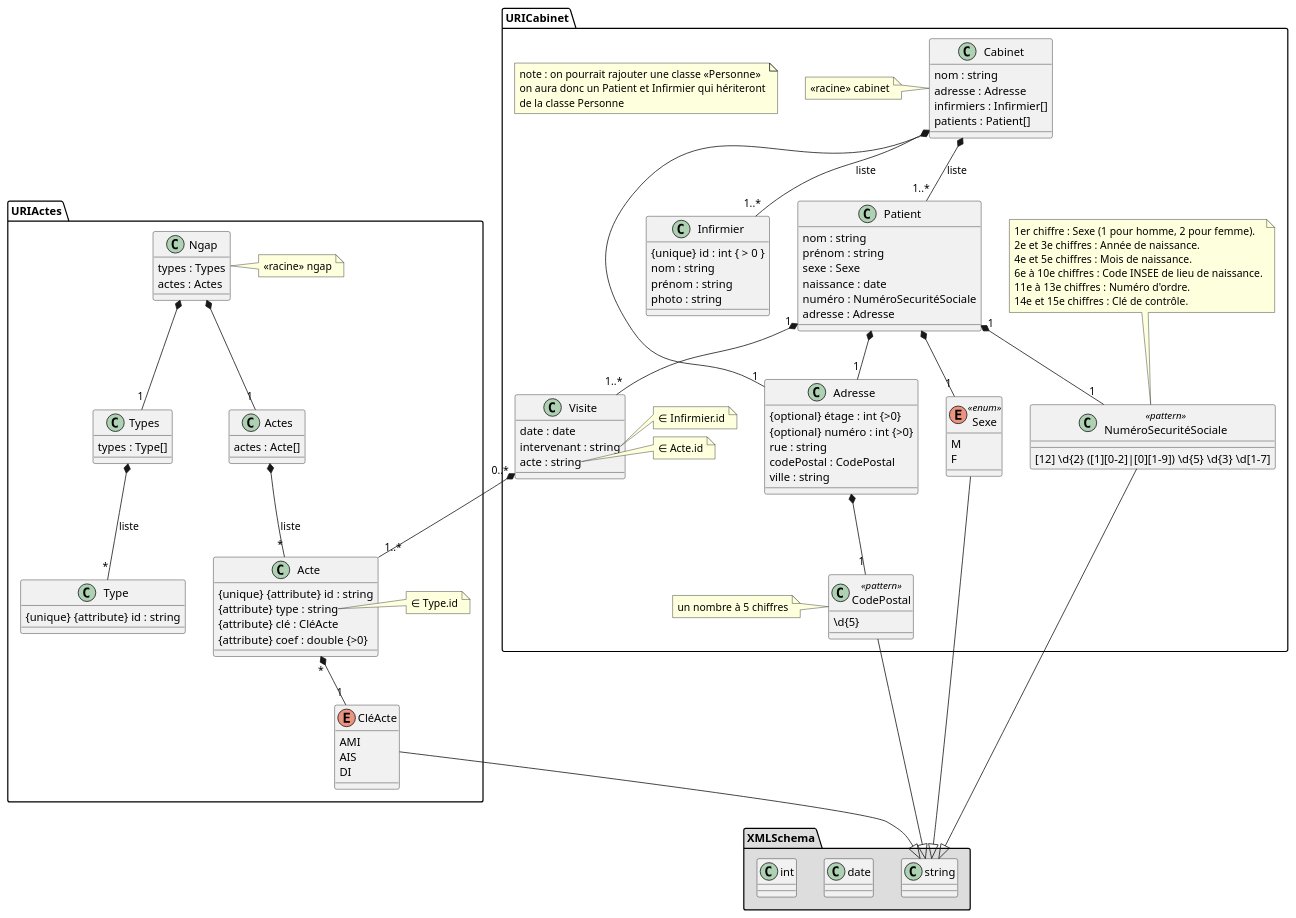
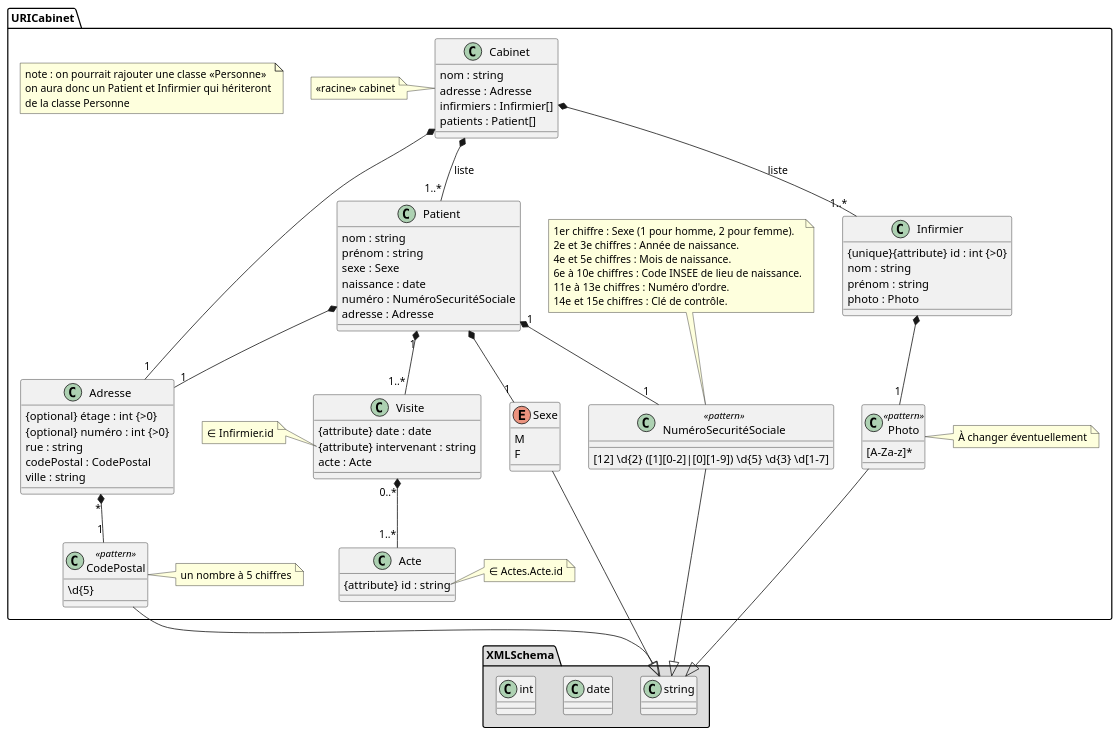
The diagram in data/uml/cabinet_omar.puml (TennesseeAlves/CabinetInfirmier), drawn with PlantUML before and after one commit. The commit also changed 9 other files, not shown here.

```diff
--- a/data/uml/cabinet_omar.puml
+++ b/data/uml/cabinet_omar.puml
@@ -1,152 +1,120 @@
 @startuml
 
 'skinparam linetype ortho
 'l'instruction au dessus est pour avoir des lignes orthogonales...
 
 package XMLSchema #DDDDDD {
     class string
     class date
     class int
-}
-package URIActes {
-    class Ngap {
-        types : Types
-        actes : Actes
-    }
-    note right of Ngap
-        «racine» ngap
-    end note
-    class Acte {
-        {unique} {attribute} id : string
-        {attribute} type : string
-        {attribute} clé : CléActe
-        {attribute} coef : double {>0}
-    }
-    note right of Acte::type
-        ∈ Type.id
-    end note
-    
-    class Actes {
-        actes : Acte[]
-    }
-    
-    class Type {
-        {unique} {attribute} id : string
-    }
-    class Types {
-        types : Type[]
-    }
-    
-    enum CléActe {
-        AMI
-        AIS
-        DI
-    }
-    
-    Ngap *--"1" Types
-    Ngap *--"1" Actes
-    
-    Actes *--"*" Acte : liste
-    Acte "*"*--"1" CléActe
-    
-    Types *--"*" Type : liste
-    
-    CléActe --|> string
 }
 package URICabinet {
     note as noteHeritagePersonne
         note : on pourrait rajouter une classe «Personne»
         on aura donc un Patient et Infirmier qui hériteront
         de la classe Personne
     end note
     
     class Cabinet {
         nom : string
         adresse : Adresse
         infirmiers : Infirmier[]
         patients : Patient[]
     }
     note left of Cabinet
         <<racine>> cabinet
     end note
     
     class Infirmier {
-        {unique} id : int { > 0 } 
+        {unique}{attribute} id : int {>0} 
         nom : string
         prénom : string
-        photo : string
+        photo : Photo
     }
+    class Photo <<pattern>> {
+        [A-Za-z]*
+    }
+    note right of Photo
+        À changer éventuellement
+    end note
     
     class Patient {
         nom : string
         prénom : string
         sexe : Sexe
         naissance : date
         numéro : NuméroSecuritéSociale
         adresse : Adresse
     }
     
     class Adresse {
         {optional} étage : int {>0}
         {optional} numéro : int {>0}
         rue : string
         codePostal : CodePostal
         ville : string
     }
     
-    Enum Sexe <<enum>> {
+    Enum Sexe  {
         M
         F
     }
     
     class NuméroSecuritéSociale <<pattern>> {
         [12] \d{2} ([1][0-2]|[0][1-9]) \d{5} \d{3} \d[1-7]
     }
     note top of NuméroSecuritéSociale
         1er chiffre : Sexe (1 pour homme, 2 pour femme).
         2e et 3e chiffres : Année de naissance.
         4e et 5e chiffres : Mois de naissance.
         6e à 10e chiffres : Code INSEE de lieu de naissance.
         11e à 13e chiffres : Numéro d'ordre.
         14e et 15e chiffres : Clé de contrôle.
     end note
     
     class CodePostal <<pattern>> {
         \d{5}
     }
-    note left of CodePostal
+    note right of CodePostal
         un nombre à 5 chiffres
     end note
     
     class Visite {
-        date : date
-        intervenant : string
-        acte : string
+        {attribute} date : date
+        {attribute} intervenant : string
+        acte : Acte
     }
-    note right of Visite::intervenant
+    note left of Visite::intervenant
         ∈ Infirmier.id
         'intervenant ∈ Infirmier.id
     end note
-    note right of Visite::acte
-        ∈ Acte.id
-        'acte ∈ Acte.id
+    
+    class Acte {
+        {attribute} id : string
+    }
+    note right of Acte::id
+        ∈ Actes.Acte.id
+        'id ∈ Acte.id
     end note
     
     Cabinet *--"1..*" Infirmier : liste
     Cabinet *--"1..*" Patient : liste
     Cabinet *--"1" Adresse
+    
+    Infirmier *-- "1" Photo
     
     Patient *--"1" Sexe
     Patient "1"*--"1..*" Visite
     Patient "1"*--"1" NuméroSecuritéSociale
     Patient *--"1" Adresse
     
     Visite "0..*"*--"1..*" Acte
     
-    Adresse *--"1" CodePostal
+    Adresse "*" *--"1" CodePostal
     
     Sexe --|> string
     NuméroSecuritéSociale --|> string
     CodePostal --|> string
+    Photo --|> string
 }
 @enduml
```
